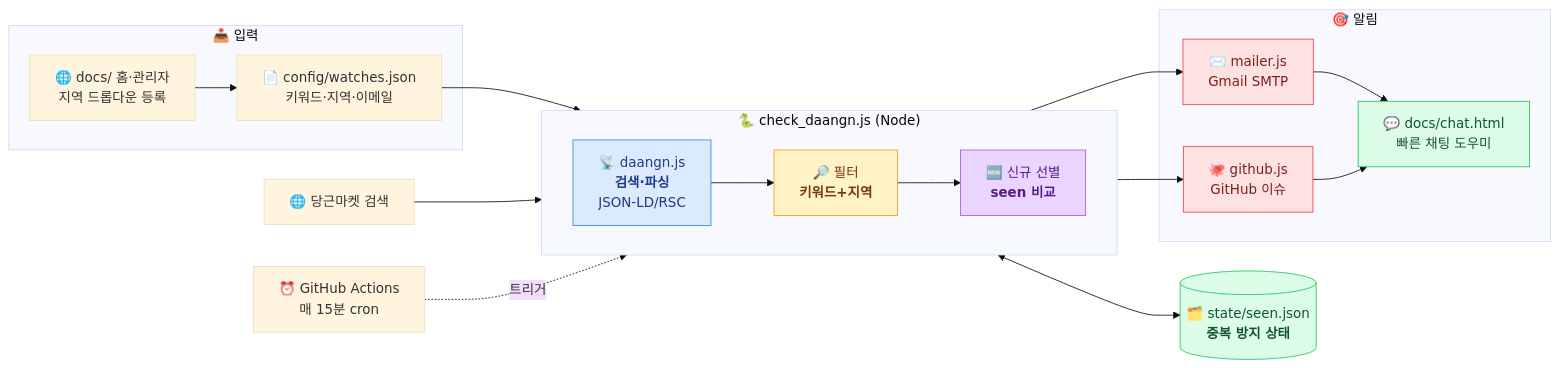
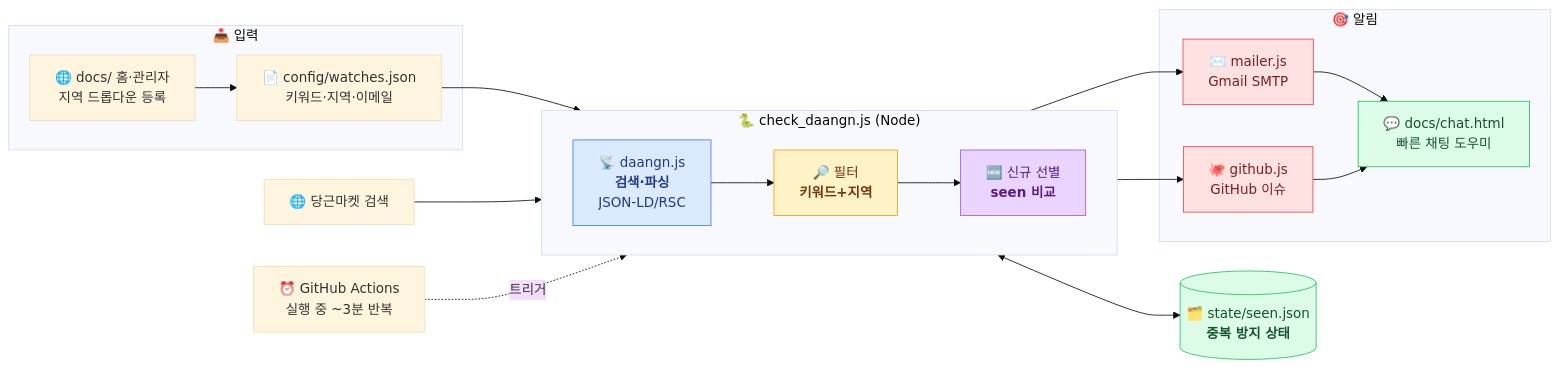
One commit to leemgs/carrot-market changed the first of 3 diagrams in README.md. Above: the diagram before and after it, drawn with Mermaid (base theme). The commit also changed other lines of this file and 1 other file, not shown here.

First line of the commit message:
Poll every ~3 min inside one job to beat cron throttling

````diff
--- a/README.md
+++ b/README.md
@@ -18,41 +18,41 @@
 ```mermaid
 flowchart LR
     subgraph IN["📥 입력"]
         CFG["📄 config/watches.json<br/>키워드·지역·이메일"]
         WEB1["🌐 docs/ 홈·관리자<br/>지역 드롭다운 등록"]
     end
 
     subgraph PIPE["🐍 check_daangn.js (Node)"]
         direction LR
         FT["📡 daangn.js<br/><b>검색·파싱</b><br/>JSON-LD/RSC"]
         FL["🔎 필터<br/><b>키워드+지역</b>"]
         DF["🆕 신규 선별<br/><b>seen 비교</b>"]
         FT --> FL --> DF
     end
 
     DB[("🗂️ state/seen.json<br/><b>중복 방지 상태</b>")]
 
     subgraph OUT["🎯 알림"]
         MAIL["✉️ mailer.js<br/>Gmail SMTP"]
         ISSUE["🐙 github.js<br/>GitHub 이슈"]
         CHAT["💬 docs/chat.html<br/>빠른 채팅 도우미"]
     end
 
     WEB1 --> CFG
     CFG --> FT
     ST["🌐 당근마켓 검색"] --> FT
     DF <--> DB
     DF --> MAIL
     DF --> ISSUE
     MAIL --> CHAT
     ISSUE --> CHAT
-    CRON["⏰ GitHub Actions<br/>매 15분 cron"] -. "트리거" .-> PIPE
+    CRON["⏰ GitHub Actions<br/>실행 중 ~3분 반복"] -. "트리거" .-> PIPE
 
     style FT fill:#dbeafe,stroke:#3b82f6,color:#1e3a8a
     style FL fill:#fef3c7,stroke:#f59e0b,color:#78350f
     style DF fill:#e9d5ff,stroke:#a855f7,color:#581c87
     style DB fill:#dcfce7,stroke:#22c55e,color:#14532d
     style MAIL fill:#fee2e2,stroke:#ef4444,color:#7f1d1d
     style ISSUE fill:#fee2e2,stroke:#ef4444,color:#7f1d1d
     style CHAT fill:#dcfce7,stroke:#22c55e,color:#14532d
 ```
````
